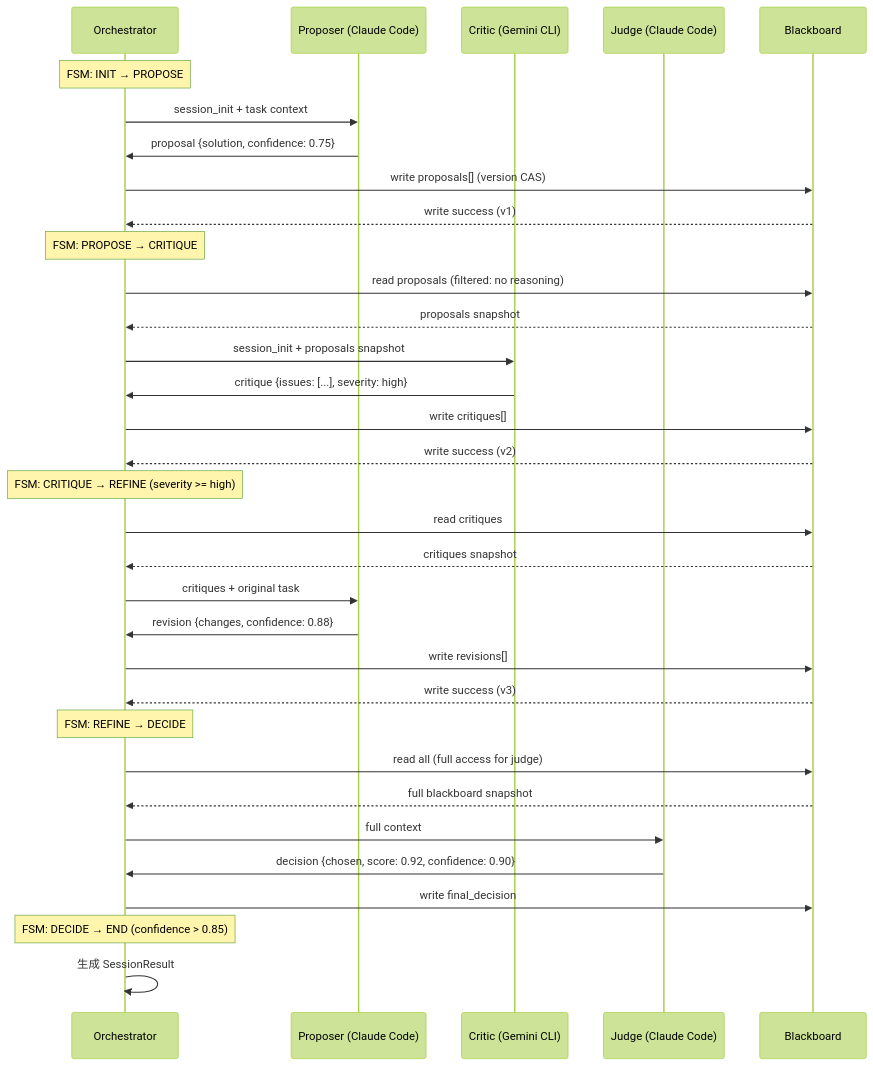
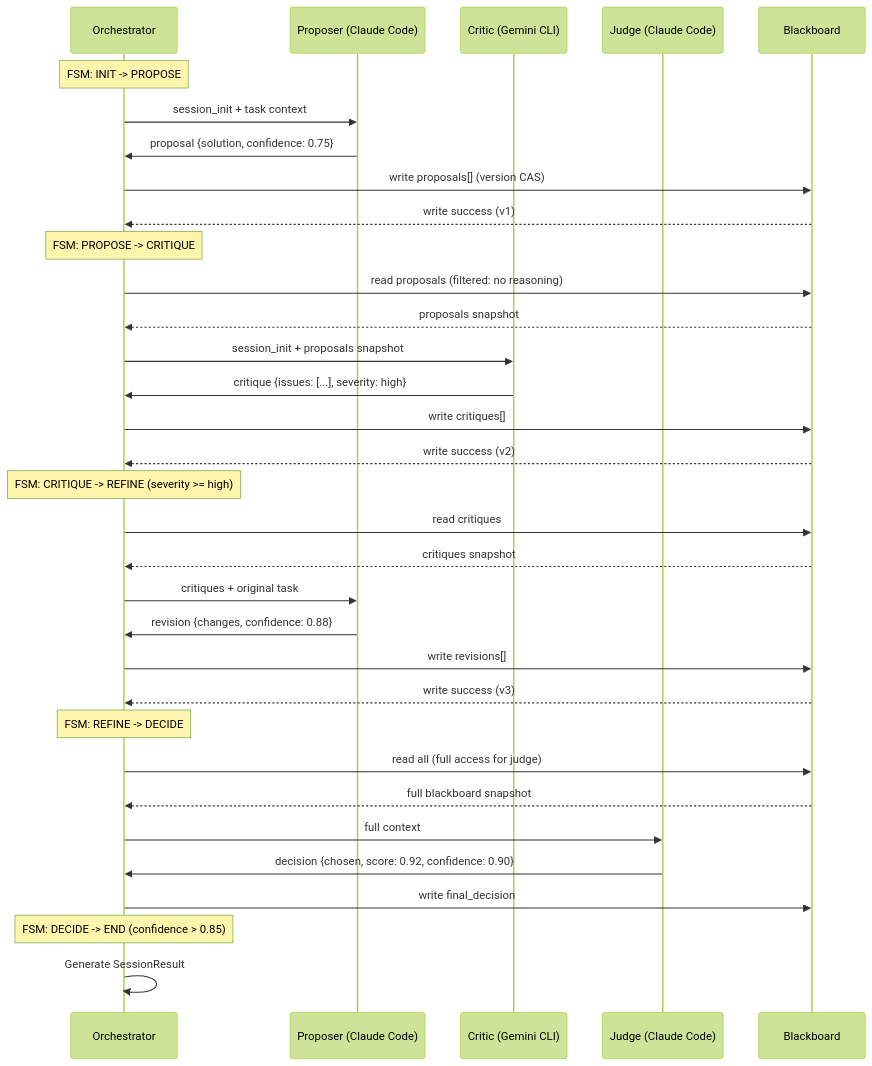
One commit to open-vera/OpenVera changed the third of 5 diagrams in docs/harness/mvp.md. Above: the diagram before and after it, drawn with Mermaid (forest theme). The commit also changed other lines of this file and 21 other files, not shown here.

````diff
--- a/docs/harness/mvp.md
+++ b/docs/harness/mvp.md
@@ -2377,40 +2380,40 @@
 ```mermaid
 sequenceDiagram
     participant O as Orchestrator
     participant P as Proposer (Claude Code)
     participant C as Critic (Gemini CLI)
     participant J as Judge (Claude Code)
     participant B as Blackboard
 
-    Note over O: FSM: INIT → PROPOSE
+    Note over O: FSM: INIT -> PROPOSE
     O->>P: session_init + task context
     P->>O: proposal {solution, confidence: 0.75}
     O->>B: write proposals[] (version CAS)
     B-->>O: write success (v1)
 
-    Note over O: FSM: PROPOSE → CRITIQUE
+    Note over O: FSM: PROPOSE -> CRITIQUE
     O->>B: read proposals (filtered: no reasoning)
     B-->>O: proposals snapshot
     O->>C: session_init + proposals snapshot
     C->>O: critique {issues: [...], severity: high}
     O->>B: write critiques[]
     B-->>O: write success (v2)
 
-    Note over O: FSM: CRITIQUE → REFINE (severity >= high)
+    Note over O: FSM: CRITIQUE -> REFINE (severity >= high)
     O->>B: read critiques
     B-->>O: critiques snapshot
     O->>P: critiques + original task
     P->>O: revision {changes, confidence: 0.88}
     O->>B: write revisions[]
     B-->>O: write success (v3)
 
-    Note over O: FSM: REFINE → DECIDE
+    Note over O: FSM: REFINE -> DECIDE
     O->>B: read all (full access for judge)
     B-->>O: full blackboard snapshot
     O->>J: full context
     J->>O: decision {chosen, score: 0.92, confidence: 0.90}
     O->>B: write final_decision
 
-    Note over O: FSM: DECIDE → END (confidence > 0.85)
-    O->>O: 生成 SessionResult
+    Note over O: FSM: DECIDE -> END (confidence > 0.85)
+    O->>O: Generate SessionResult
 ```
````
